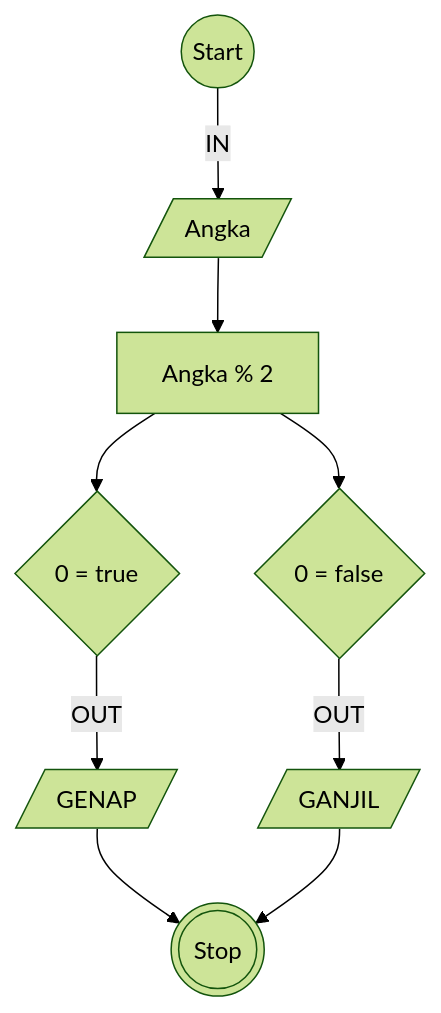
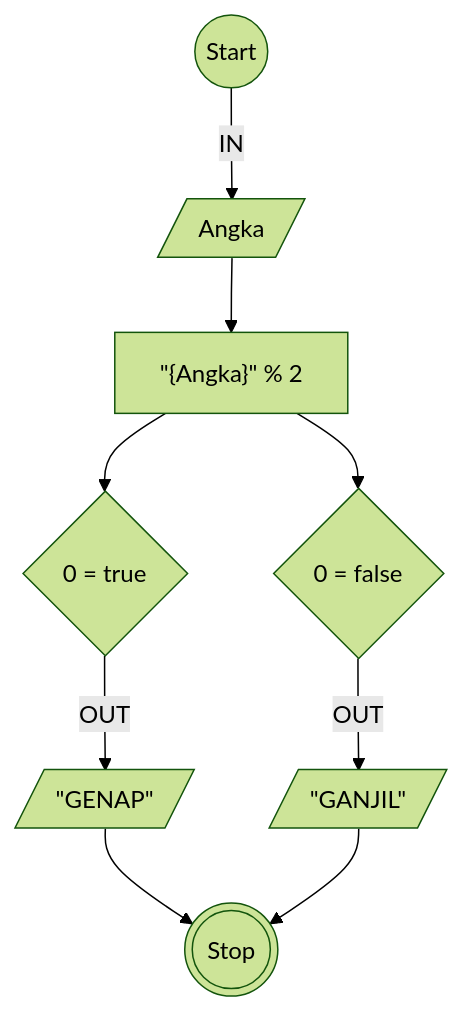
Before and after one commit to almarufh/Koda-B8-Algoritma: the diagram in Ganjil_Genap.md, drawn with Mermaid (forest theme). The commit also changed other lines of this file, not shown here.

````diff
--- a/Ganjil_Genap.md
+++ b/Ganjil_Genap.md
@@ -19,24 +19,22 @@
 ```mermaid
 flowchart TD
 
 A@{ shape: circle, label: "Start" }
 B@{ shape: lean-r, label: "Angka" }
-C@{ shape: rect, label: "Angka % 2" }
+C@{ shape: rect, label: '"{Angka}" % 2' }
 D@{ shape: diamond, label: "0 = true" }
 E@{ shape: diamond, label: "0 = false" }
-F@{ shape: lean-r, label: "GANJIL" }
-G@{ shape: lean-r, label: "GENAP" }
+F@{ shape: lean-r, label: '"GANJIL"' }
+G@{ shape: lean-r, label: '"GENAP"' }
 H@{ shape: dbl-circ, label: "Stop" }
 
 A --IN--> B
 B --> C
 C --> D
 C --> E
 D --OUT--> G
 E --OUT--> F
 G --> H
 F --> H
 
-
-
 ```
````
